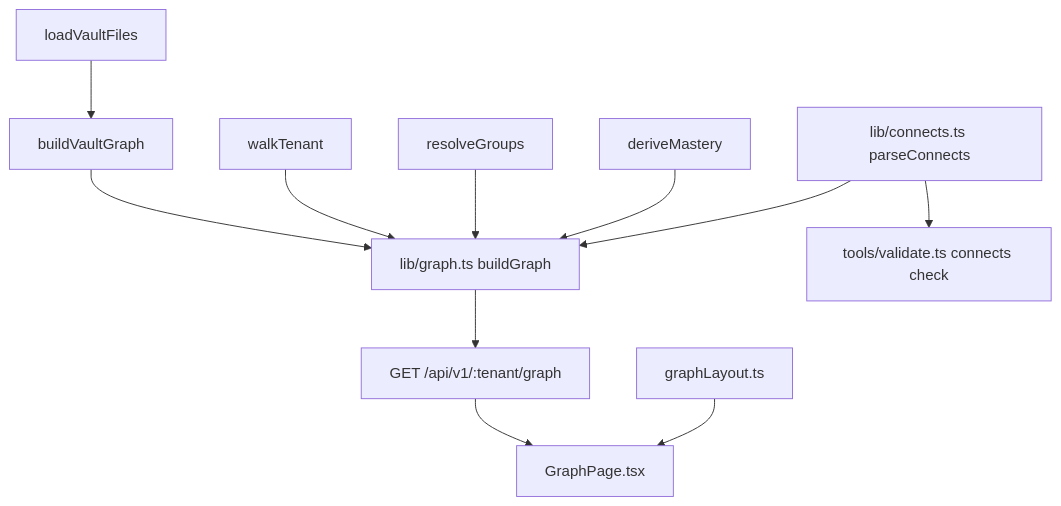
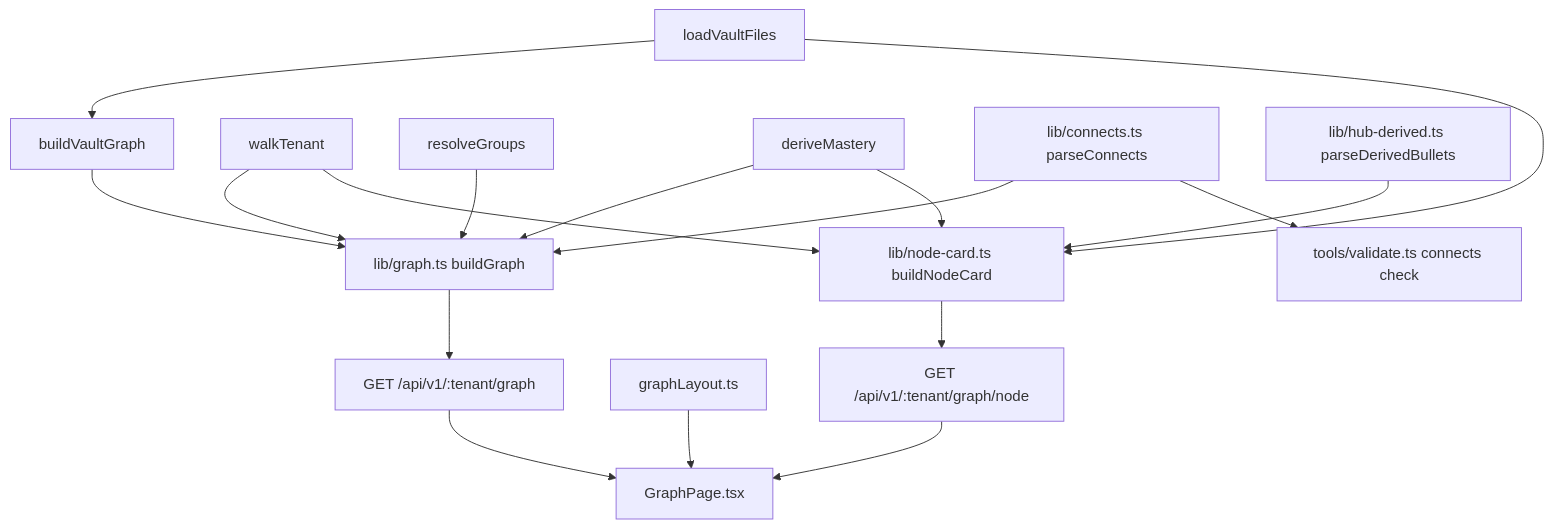
The diagram in docs/specs/graph.md (avishek2002/meno), drawn with Mermaid before and after one commit. The commit also changed other lines of this file and 15 other files, not shown here.

First line of the commit message:
Add graph canvas controls and a per-node card (#56)

````diff
--- a/docs/specs/graph.md
+++ b/docs/specs/graph.md
@@ -119,13 +254,19 @@
 ```mermaid
 graph TD
     files[loadVaultFiles] --> vg[buildVaultGraph]
     vg --> gb[lib/graph.ts buildGraph]
     walk[walkTenant] --> gb
     groups[resolveGroups] --> gb
     ledger[deriveMastery] --> gb
     hubs[lib/connects.ts parseConnects] --> gb
     hubs --> val[tools/validate.ts connects check]
     gb --> api[GET /api/v1/:tenant/graph]
     api --> page[GraphPage.tsx]
     layout[graphLayout.ts] --> page
+    derived[lib/hub-derived.ts parseDerivedBullets] --> card[lib/node-card.ts buildNodeCard]
+    walk --> card
+    ledger --> card
+    files --> card
+    card --> cardapi[GET /api/v1/:tenant/graph/node]
+    cardapi --> page
 ```
````
